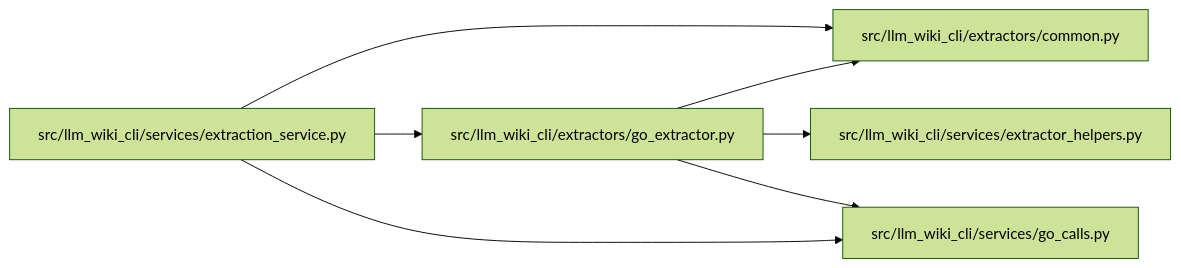
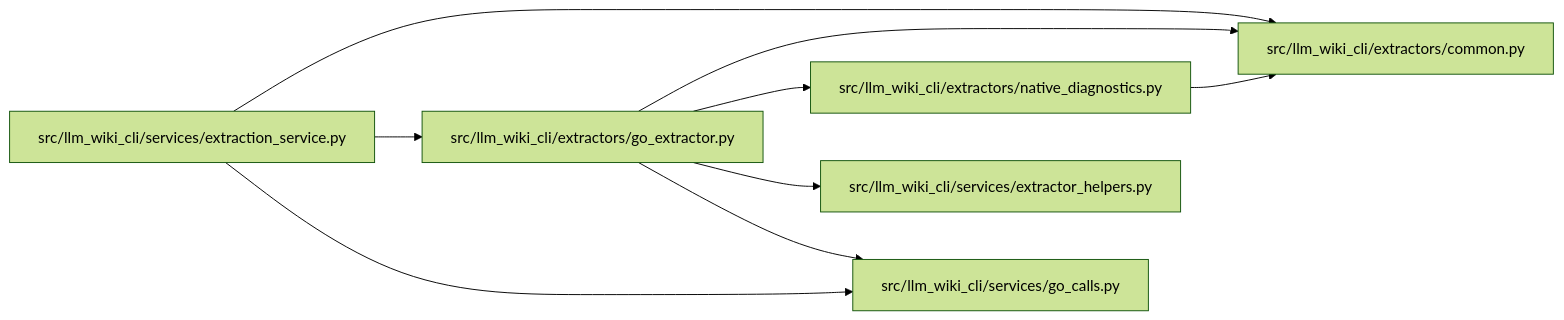
One commit to Denissvgn/python-wiki-llm changed the diagram in docs/llm_wiki/modules/go_extractor.md. Above: the diagram before and after it, drawn with Mermaid (forest theme). The commit also changed other lines of this file and 383 other files, not shown here.

Commit message:
docs(wiki): explain native helper path diagnostics

````diff
--- a/docs/llm_wiki/modules/go_extractor.md
+++ b/docs/llm_wiki/modules/go_extractor.md
@@ -35,19 +38,23 @@
 ```mermaid
 flowchart LR
     n0["src/llm_wiki_cli/extractors/common.py"]
     n1["src/llm_wiki_cli/extractors/go_extractor.py"]
-    n2["src/llm_wiki_cli/services/extraction_service.py"]
-    n3["src/llm_wiki_cli/services/extractor_helpers.py"]
-    n4["src/llm_wiki_cli/services/go_calls.py"]
+    n2["src/llm_wiki_cli/extractors/native_diagnostics.py"]
+    n3["src/llm_wiki_cli/services/extraction_service.py"]
+    n4["src/llm_wiki_cli/services/extractor_helpers.py"]
+    n5["src/llm_wiki_cli/services/go_calls.py"]
     n1 --> n0
-    n1 --> n3
+    n1 --> n2
     n1 --> n4
+    n1 --> n5
     n2 --> n0
-    n2 --> n1
-    n2 --> n4
+    n3 --> n0
+    n3 --> n1
+    n3 --> n5
     click n0 "../modules/common.md"
     click n1 "../modules/go_extractor.md"
-    click n2 "../modules/extraction_service.md"
-    click n3 "../modules/extractor_helpers.md"
-    click n4 "../modules/go_calls.md"
+    click n2 "../modules/native_diagnostics.md"
+    click n3 "../modules/extraction_service.md"
+    click n4 "../modules/extractor_helpers.md"
+    click n5 "../modules/go_calls.md"
 ```
````
